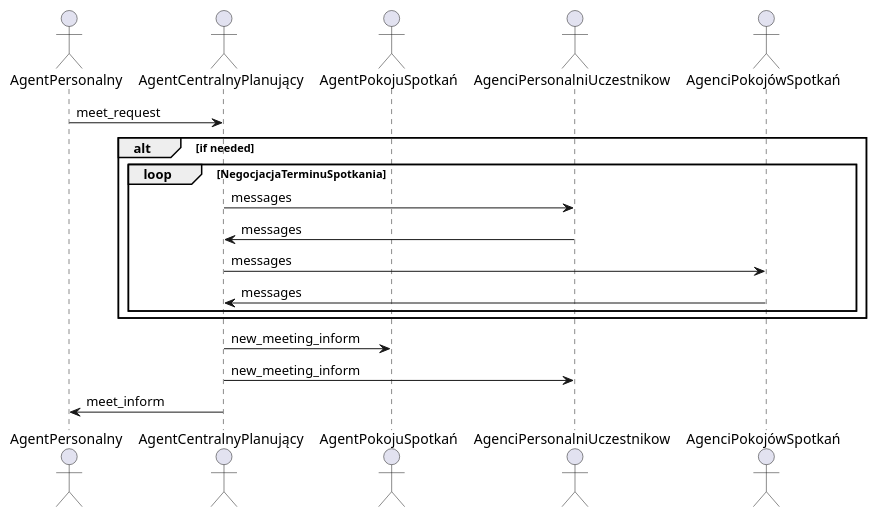
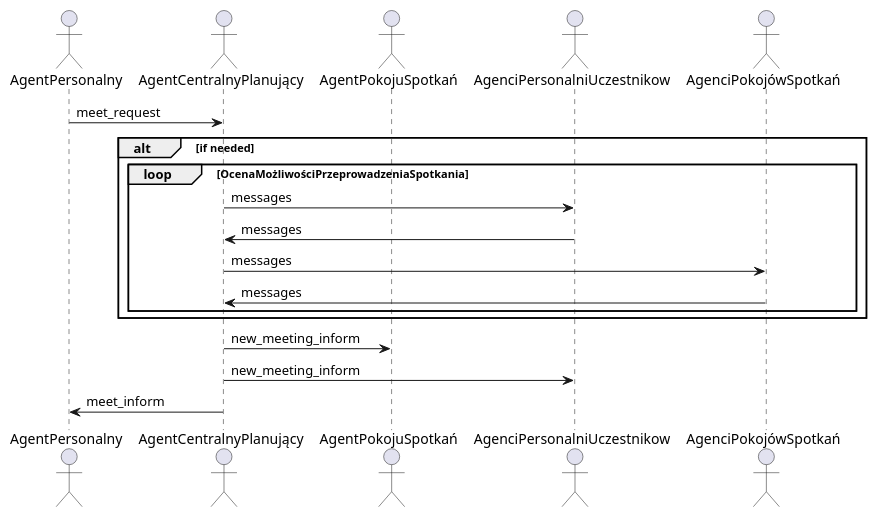
One commit to michalMilewski-8/SmartBuilding_Agent_MiNI_Project changed the diagram in project_description/diagrams_src/UmawianieSpotkania.puml. Above: the diagram before and after it, drawn with PlantUML. The commit also changed 1 other file, not shown here.

Commit message:
Poprawa diagramu

```diff
--- a/project_description/diagrams_src/UmawianieSpotkania.puml
+++ b/project_description/diagrams_src/UmawianieSpotkania.puml
@@ -1,20 +1,20 @@
 @startuml
 actor AgentPersonalny
 actor AgentCentralnyPlanujący
 actor AgentPokojuSpotkań
 actor AgenciPersonalniUczestnikow
 actor AgenciPokojówSpotkań
 
 AgentPersonalny -> AgentCentralnyPlanujący : meet_request
 alt if needed
-	loop NegocjacjaTerminuSpotkania
+	loop OcenaMożliwościPrzeprowadzeniaSpotkania​
 		AgentCentralnyPlanujący -> AgenciPersonalniUczestnikow : messages
 		AgenciPersonalniUczestnikow -> AgentCentralnyPlanujący : messages
 		AgentCentralnyPlanujący -> AgenciPokojówSpotkań : messages
 		AgenciPokojówSpotkań -> AgentCentralnyPlanujący : messages
 	end
 end
 AgentCentralnyPlanujący -> AgentPokojuSpotkań : new_meeting_inform
 AgentCentralnyPlanujący -> AgenciPersonalniUczestnikow : new_meeting_inform
 AgentCentralnyPlanujący -> AgentPersonalny : meet_inform
 @enduml
```
